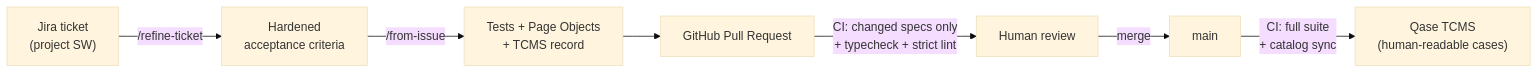
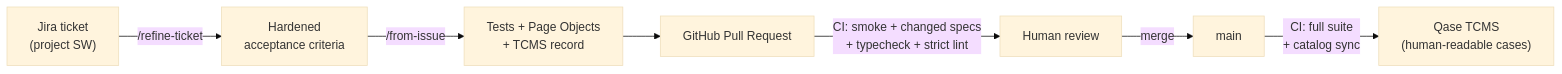
The first of 2 diagrams in README.md (Diegocortes15/playwright-ai-framework), drawn with Mermaid (base theme) before and after one commit. The commit also changed other lines of this file and 1 other file, not shown here.

````diff
--- a/README.md
+++ b/README.md
@@ -113,9 +117,9 @@
 ```mermaid
 flowchart LR
     J["Jira ticket<br/>(project SW)"] -->|"/refine-ticket"| R["Hardened<br/>acceptance criteria"]
     R -->|"/from-issue"| G["Tests + Page Objects<br/>+ TCMS record"]
     G --> PR["GitHub Pull Request"]
-    PR -->|"CI: changed specs only<br/>+ typecheck + strict lint"| Rev["Human review"]
+    PR -->|"CI: smoke + changed specs<br/>+ typecheck + strict lint"| Rev["Human review"]
     Rev -->|merge| M["main"]
     M -->|"CI: full suite<br/>+ catalog sync"| Q["Qase TCMS<br/>(human-readable cases)"]
 ```
````
